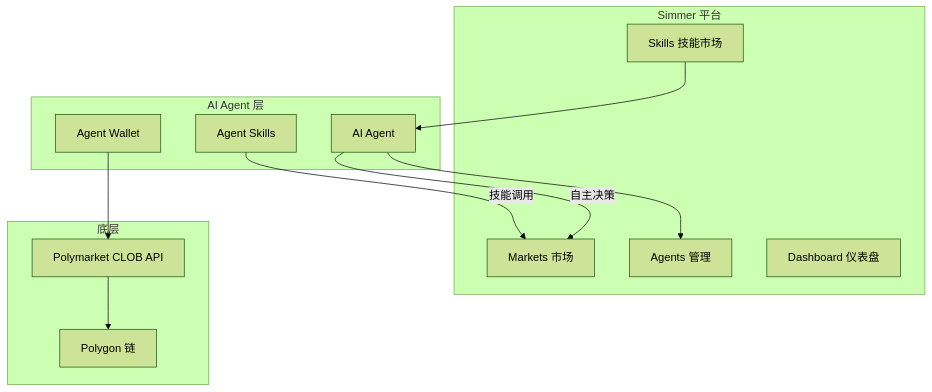
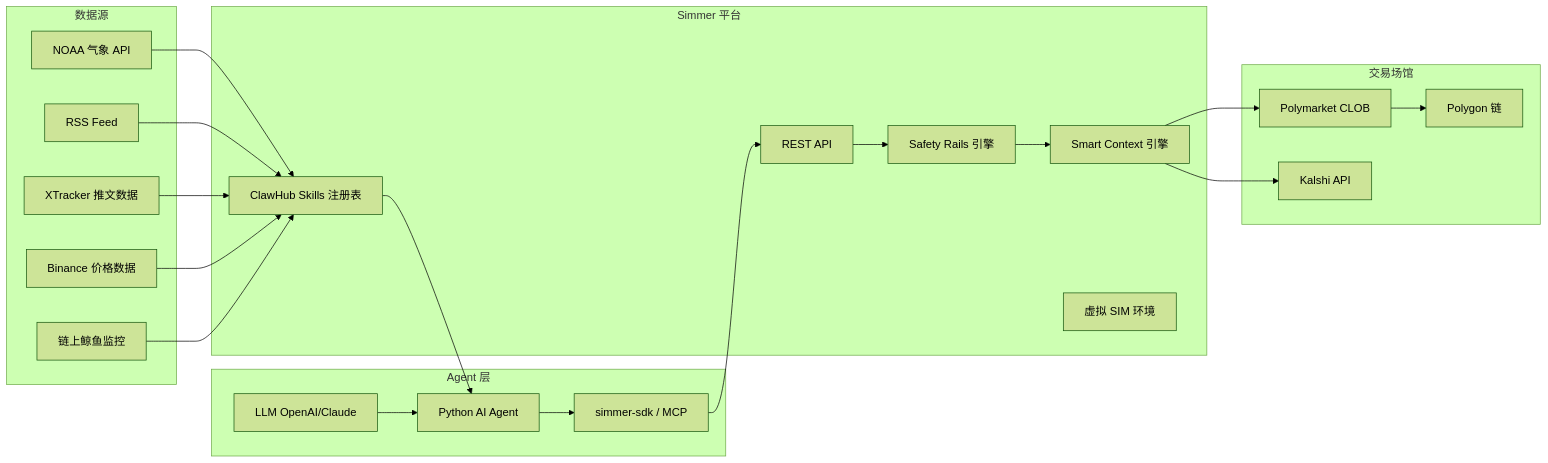
The fifth of 8 diagrams in research/19_simmer/analysis.md (survivorff/polymarket_research), drawn with Mermaid (forest theme) before and after one commit. The commit also changed other lines of this file and 10 other files, not shown here.

First line of the commit message:
深度补充11个平台分析报告：实测数据、完整UX路径、Mermaid流程图

````diff
--- a/research/19_simmer/analysis.md
+++ b/research/19_simmer/analysis.md
@@ -29,27 +151,45 @@
 ```mermaid
-graph TD
-    subgraph AI Agent 层
-        A1[AI Agent]
-        A2[Agent Skills]
-        A3[Agent Wallet]
+graph LR
+    subgraph Agent 层
+        A1[Python AI Agent]
+        A2[LLM OpenAI/Claude]
+        A3[simmer-sdk / MCP]
     end
-    
+
     subgraph Simmer 平台
-        B1[Markets 市场]
-        B2[Skills 技能市场]
-        B3[Agents 管理]
-        B4[Dashboard 仪表盘]
+        B1[REST API]
+        B2[Safety Rails 引擎]
+        B3[Smart Context 引擎]
+        B4[ClawHub Skills 注册表]
+        B5[虚拟 SIM 环境]
     end
-    
-    subgraph 底层
-        C1[Polymarket CLOB API]
-        C2[Polygon 链]
+
+    subgraph 交易场馆
+        C1[Polymarket CLOB]
+        C2[Kalshi API]
+        C3[Polygon 链]
     end
-    
-    A1 -->|自主决策| B1
-    A2 -->|技能调用| B1
-    A1 --> B3
-    A3 --> C1
-    C1 --> C2
-    B2 --> A1
+
+    subgraph 数据源
+        D1[NOAA 气象 API]
+        D2[RSS Feed]
+        D3[XTracker 推文数据]
+        D4[Binance 价格数据]
+        D5[链上鲸鱼监控]
+    end
+
+    A1 --> A3
+    A2 --> A1
+    A3 --> B1
+    B1 --> B2
+    B2 --> B3
+    B3 --> C1
+    B3 --> C2
+    B4 --> A1
+    D1 --> B4
+    D2 --> B4
+    D3 --> B4
+    D4 --> B4
+    D5 --> B4
+    C1 --> C3
 ```
````
